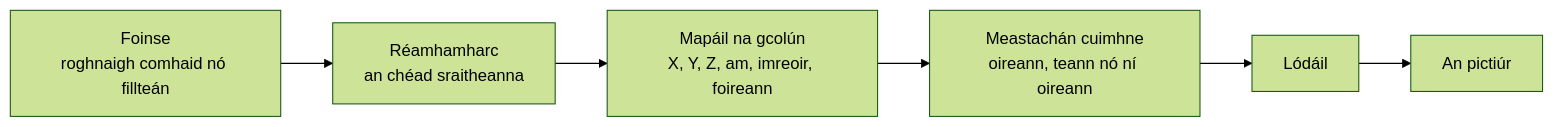
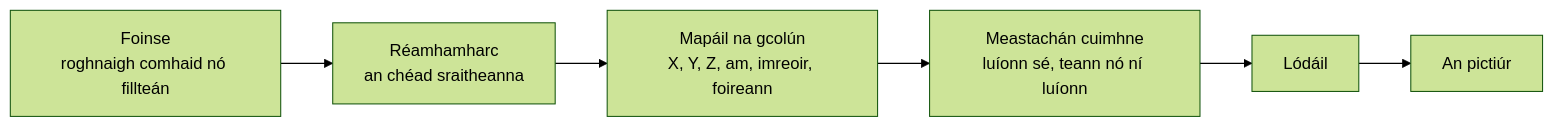
Before and after one commit to Holdi601/3DHeat: the diagram in docs/_ga/getting-data-in.md, drawn with Mermaid (forest theme). The commit also changed other lines of this file and 593 other files, not shown here.

````diff
--- a/docs/_ga/getting-data-in.md
+++ b/docs/_ga/getting-data-in.md
@@ -23,8 +23,8 @@
 ```mermaid
 flowchart LR
   A["Foinse<br/>roghnaigh comhaid nó fillteán"] --> B["Réamhamharc<br/>an chéad sraitheanna"]
   B --> C["Mapáil na gcolún<br/>X, Y, Z, am, imreoir, foireann"]
-  C --> D["Meastachán cuimhne<br/>oireann, teann nó ní oireann"]
+  C --> D["Meastachán cuimhne<br/>luíonn sé, teann nó ní luíonn"]
   D --> E["Lódáil"]
   E --> F["An pictiúr"]
 ```
````
